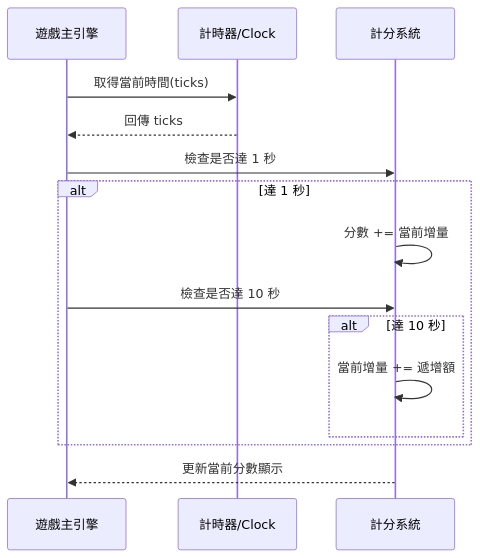
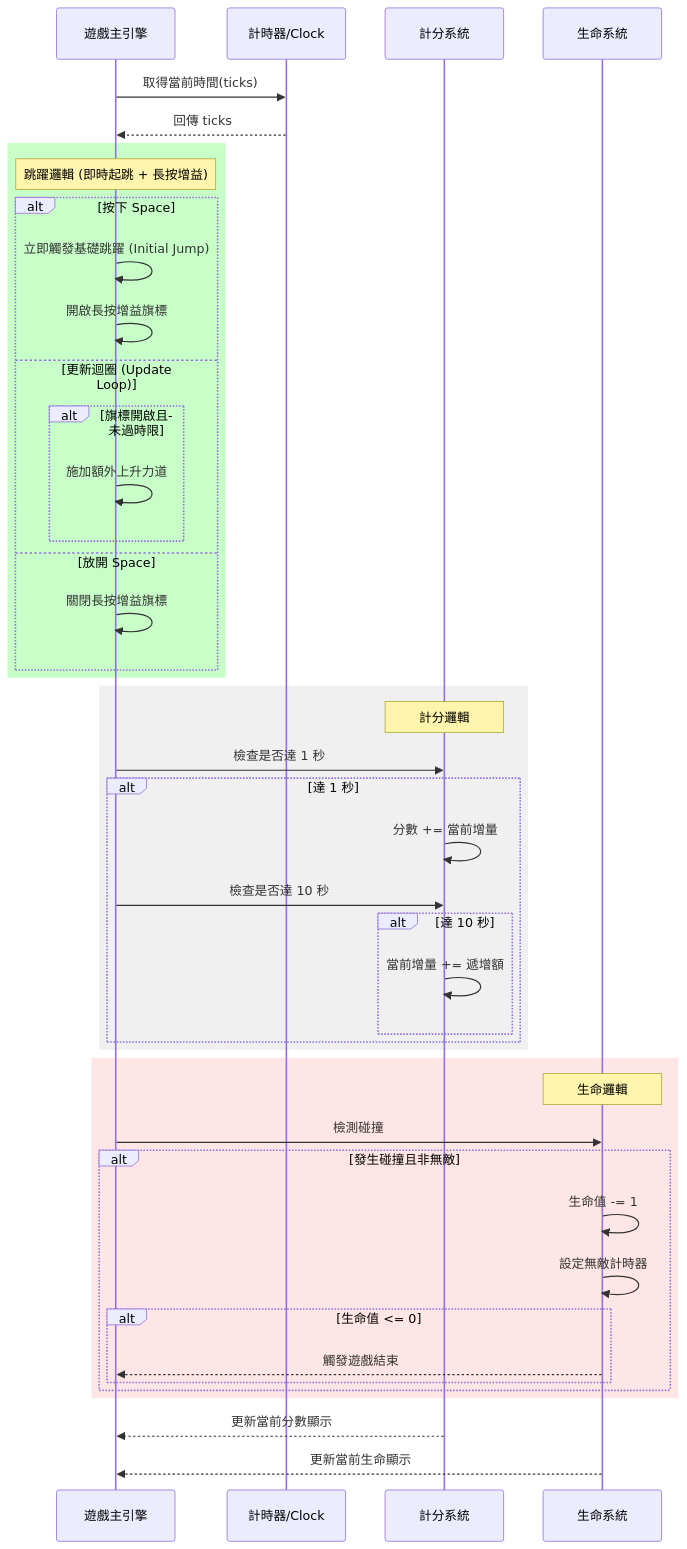
Before and after one commit to jaysu9600-cloud/Ninjas-must-live: the second of 3 diagrams in spec.md, drawn with Mermaid. The commit also changed other lines of this file and 9 other files, not shown here.

First line of the commit message:
feat: refactor to sprite system, add health system and variable jump height

````diff
--- a/spec.md
+++ b/spec.md
@@ -26,18 +46,51 @@
 ```mermaid
 sequenceDiagram
     participant Game as 遊戲主引擎
     participant Timer as 計時器/Clock
     participant Score as 計分系統
+    participant Health as 生命系統
 
     Game->>Timer: 取得當前時間(ticks)
     Timer-->>Game: 回傳 ticks
+
+    rect rgb(200, 255, 200)
+    Note over Game: 跳躍邏輯 (即時起跳 + 長按增益)
+    alt 按下 Space
+        Game->>Game: 立即觸發基礎跳躍 (Initial Jump)
+        Game->>Game: 開啟長按增益旗標
+    else 更新迴圈 (Update Loop)
+        alt 旗標開啟且未過時限
+            Game->>Game: 施加額外上升力道
+        end
+    else 放開 Space
+        Game->>Game: 關閉長按增益旗標
+    end
+    end
+    
+    rect rgb(240, 240, 240)
+    Note over Score: 計分邏輯
     Game->>Score: 檢查是否達 1 秒
     alt 達 1 秒
         Score->>Score: 分數 += 當前增量
         Game->>Score: 檢查是否達 10 秒
         alt 達 10 秒
             Score->>Score: 當前增量 += 遞增額
         end
     end
+    end
+
+    rect rgb(255, 230, 230)
+    Note over Health: 生命邏輯
+    Game->>Health: 檢測碰撞
+    alt 發生碰撞且非無敵
+        Health->>Health: 生命值 -= 1
+        Health->>Health: 設定無敵計時器
+        alt 生命值 <= 0
+            Health-->>Game: 觸發遊戲結束
+        end
+    end
+    end
+    
     Score-->>Game: 更新當前分數顯示
+    Health-->>Game: 更新當前生命顯示
 ```
````
